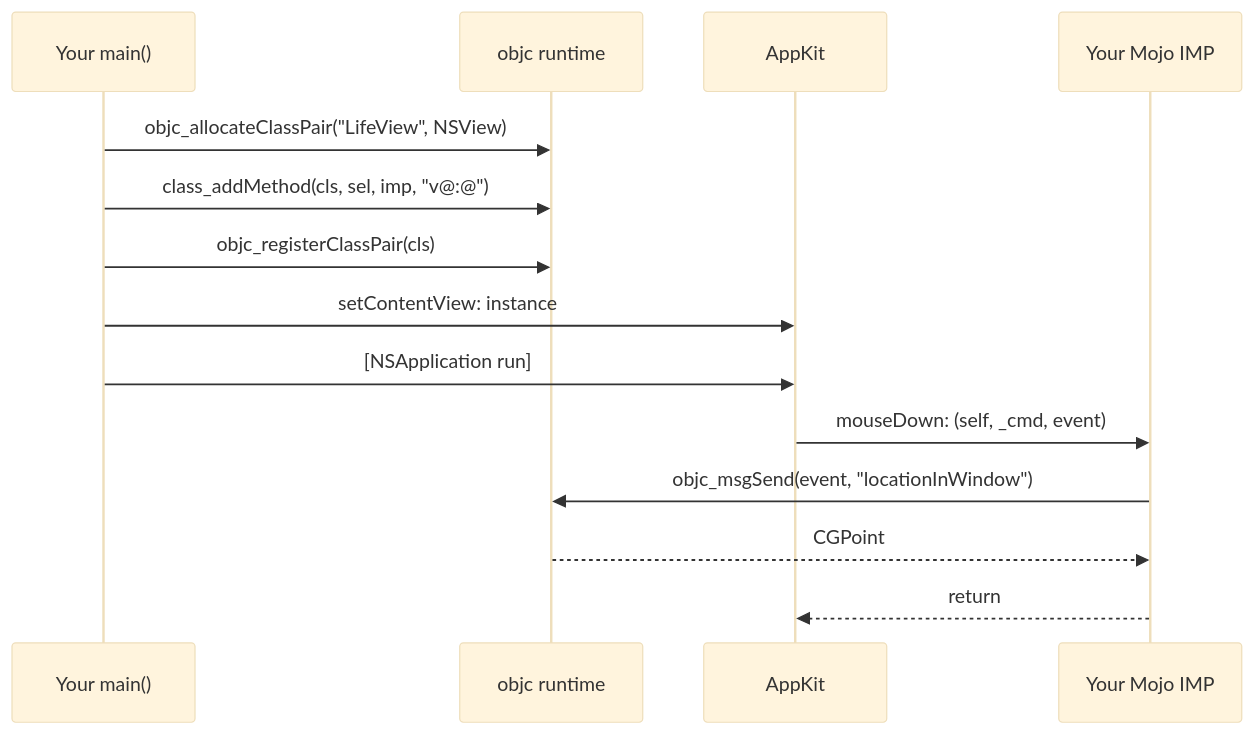
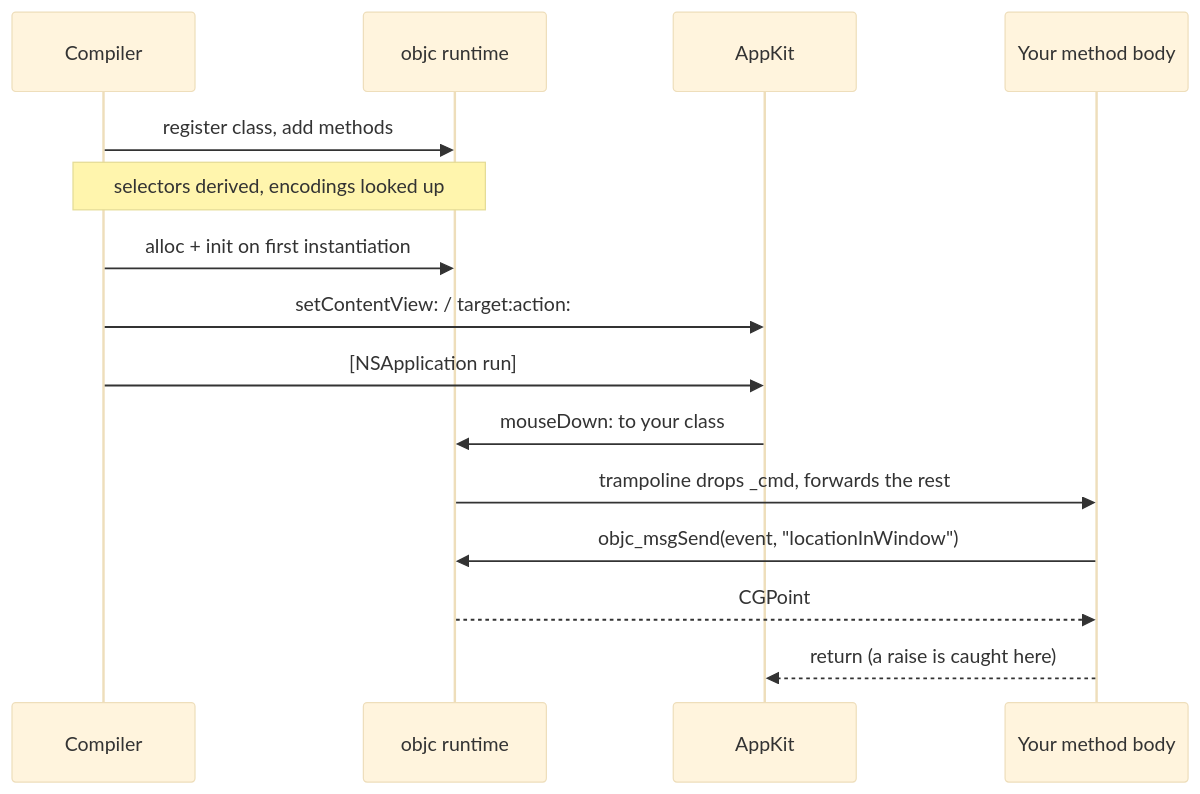
One commit to albanread/MojoCocoa changed the diagram in CocoaMojoGuide/guide/06-callbacks.md. Above: the diagram before and after it, drawn with Mermaid (base theme). The commit also changed other lines of this file and 6 other files, not shown here.

````diff
--- a/CocoaMojoGuide/guide/06-callbacks.md
+++ b/CocoaMojoGuide/guide/06-callbacks.md
@@ -146,17 +177,18 @@
 ```mermaid
 sequenceDiagram
-    participant App as Your main()
+    participant C as Compiler
     participant RT as objc runtime
     participant AK as AppKit
-    participant M as Your Mojo IMP
+    participant M as Your method body
 
-    App->>RT: objc_allocateClassPair("LifeView", NSView)
-    App->>RT: class_addMethod(cls, sel, imp, "v@:@")
-    App->>RT: objc_registerClassPair(cls)
-    App->>AK: setContentView: instance
-    App->>AK: [NSApplication run]
-    AK->>M: mouseDown: (self, _cmd, event)
+    C->>RT: register class, add methods
+    Note over C,RT: selectors derived, encodings looked up
+    C->>RT: alloc + init on first instantiation
+    C->>AK: setContentView: / target:action:
+    C->>AK: [NSApplication run]
+    AK->>RT: mouseDown: to your class
+    RT->>M: trampoline drops _cmd, forwards the rest
     M->>RT: objc_msgSend(event, "locationInWindow")
     RT-->>M: CGPoint
-    M-->>AK: return
+    M-->>AK: return (a raise is caught here)
 ```
````
